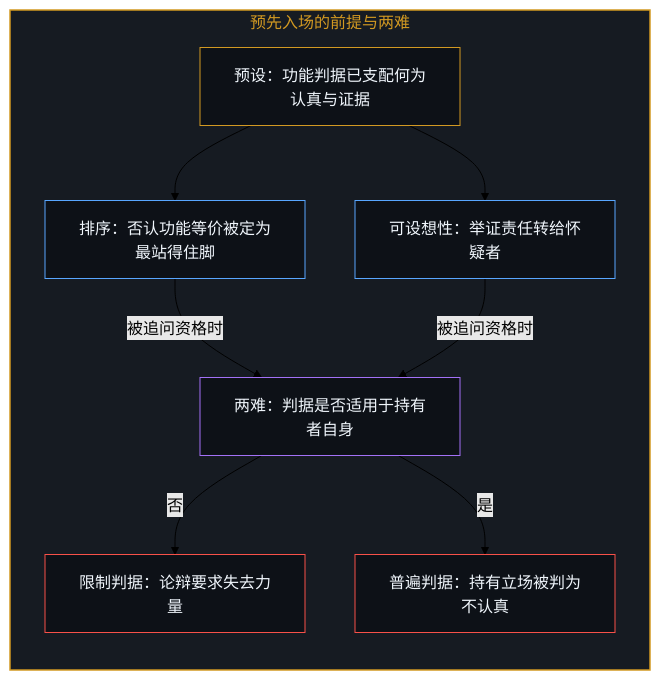
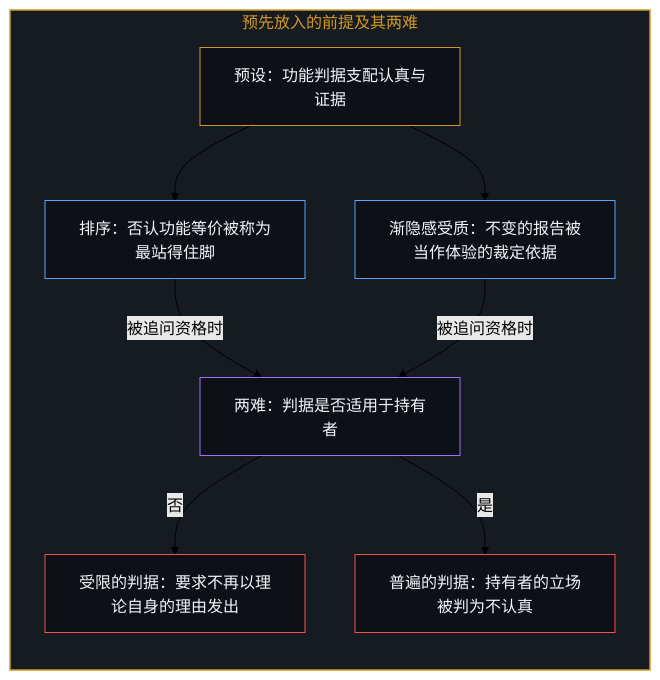
One commit to powerpig99/not-a-toe changed the third of 6 diagrams in content/posts/the-functionalism-no-functionalist-can-hold.md. Above: the diagram before and after it, drawn with Mermaid (forest theme). The commit also changed other lines of this file and 14 other files, not shown here.

````diff
--- a/content/posts/the-functionalism-no-functionalist-can-hold.md
+++ b/content/posts/the-functionalism-no-functionalist-can-hold.md
@@ -73,26 +75,26 @@
 ```mermaid
 flowchart TD
-    subgraph S_PREMISE_ZH ["预先入场的前提与两难"]
+    subgraph S_PREMISE_ZH ["预先放入的前提及其两难"]
         direction TB
         style S_PREMISE_ZH fill:#161b22,stroke:#d29922,stroke-width:1.5px,color:#d29922
-        Assert["预设：功能判据已支配何为认真与证据"]
-        Rank["排序：否认功能等价被定为最站得住脚"]
-        Shift["可设想性：举证责任转给怀疑者"]
-        Fork["两难：判据是否适用于持有者自身"]
-        Narrow["限制判据：论辩要求失去力量"]
-        General["普遍判据：持有立场被判为不认真"]
+        Assert["预设：功能判据支配认真与证据"]
+        Rank["排序：否认功能等价被称为最站得住脚"]
+        Shift["渐隐感受质：不变的报告被当作体验的裁定依据"]
+        Fork["两难：判据是否适用于持有者"]
+        Narrow["受限的判据：要求不再以理论自身的理由发出"]
+        General["普遍的判据：持有者的立场被判为不认真"]
         style Assert fill:#0d1117,stroke:#d29922,stroke-width:1px,color:#f0f6fc
         style Rank fill:#0d1117,stroke:#58a6ff,stroke-width:1px,color:#f0f6fc
         style Shift fill:#0d1117,stroke:#58a6ff,stroke-width:1px,color:#f0f6fc
         style Fork fill:#0d1117,stroke:#a371f7,stroke-width:1px,color:#f0f6fc
         style Narrow fill:#0d1117,stroke:#f85149,stroke-width:1px,color:#f0f6fc
         style General fill:#0d1117,stroke:#f85149,stroke-width:1px,color:#f0f6fc
     end
 
     Assert --> Rank
     Assert --> Shift
     Rank -->|"被追问资格时"| Fork
     Shift -->|"被追问资格时"| Fork
     Fork -->|"否"| Narrow
     Fork -->|"是"| General
 ```
````
